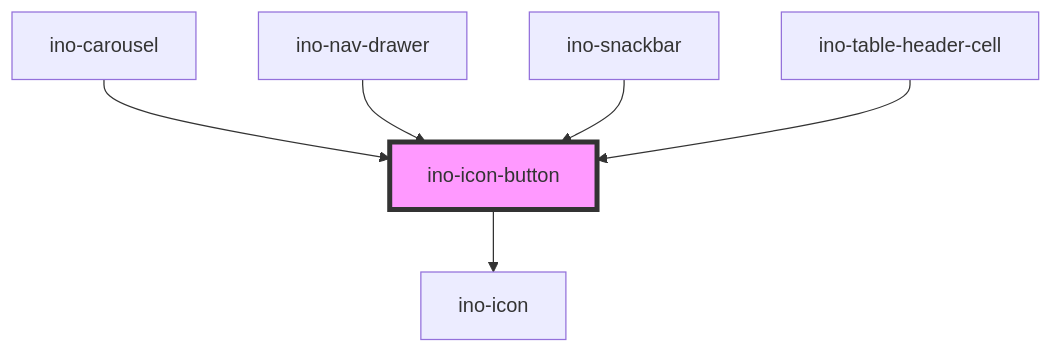
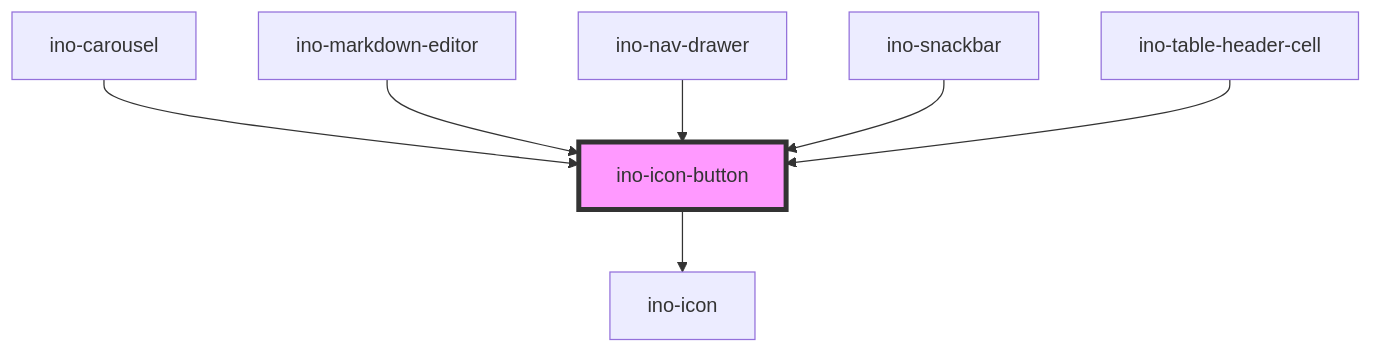
Before and after one commit to inovex/elements: the diagram in packages/elements/src/components/ino-icon-button/readme.md, drawn with Mermaid. The commit also changed other lines of this file and 5 other files, not shown here.

Commit message:
replaced ino-button w/ ino-icon-button; fixed case missing bug;

````diff
--- a/packages/elements/src/components/ino-icon-button/readme.md
+++ b/packages/elements/src/components/ino-icon-button/readme.md
@@ -179,9 +180,10 @@
 ```mermaid
 graph TD;
   ino-icon-button --> ino-icon
   ino-carousel --> ino-icon-button
+  ino-markdown-editor --> ino-icon-button
   ino-nav-drawer --> ino-icon-button
   ino-snackbar --> ino-icon-button
   ino-table-header-cell --> ino-icon-button
   style ino-icon-button fill:#f9f,stroke:#333,stroke-width:4px
 ```
````
